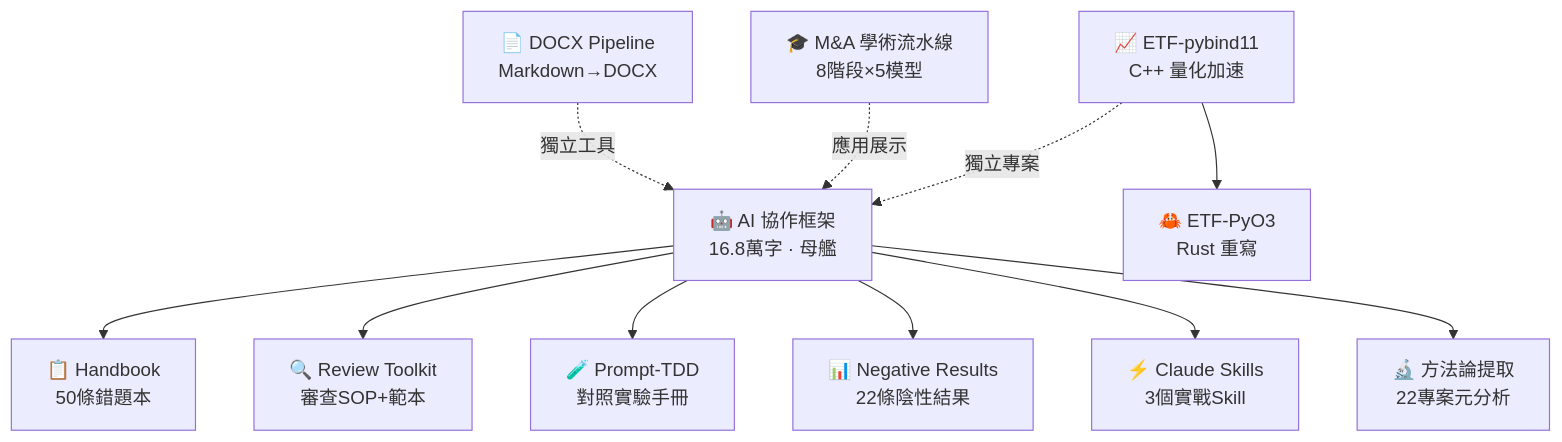
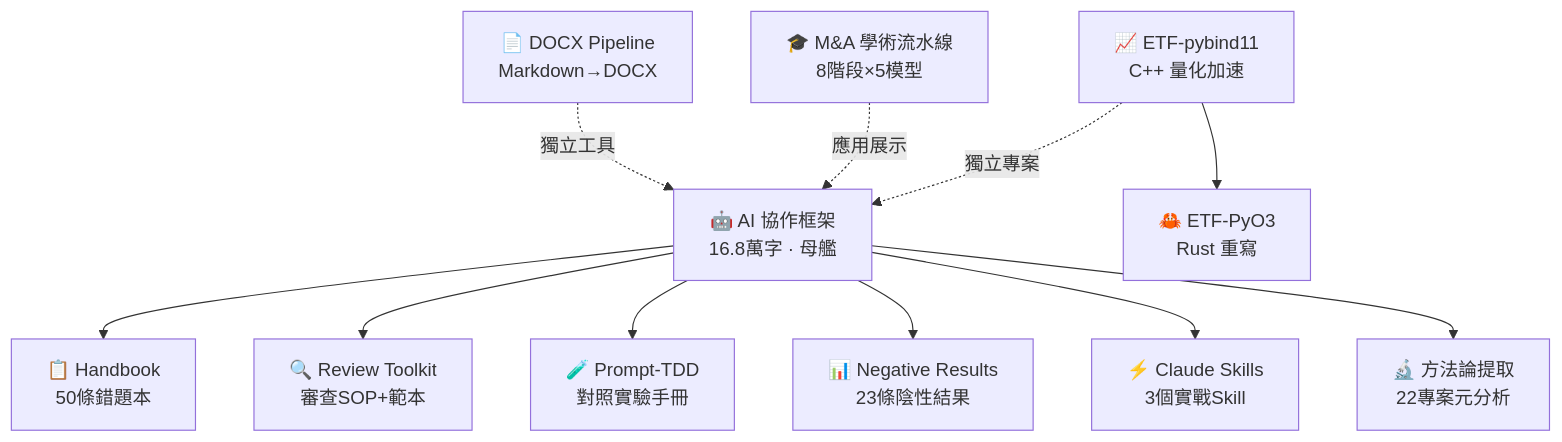
The diagram in README.zh-Hant.md (redamancy231-create/redamancy231-create), drawn with Mermaid before and after one commit. The commit also changed other lines of this file, not shown here.

Commit message:
docs: update negative-results-registry entry count 22→23

````diff
--- a/README.zh-Hant.md
+++ b/README.zh-Hant.md
@@ -48,14 +48,14 @@
 ```mermaid
 graph TB
     F["🤖 AI 協作框架<br/>16.8萬字 · 母艦"]
     F --> H["📋 Handbook<br/>50條錯題本"]
     F --> R["🔍 Review Toolkit<br/>審查SOP+範本"]
     F --> P["🧪 Prompt-TDD<br/>對照實驗手冊"]
-    F --> N["📊 Negative Results<br/>22條陰性結果"]
+    F --> N["📊 Negative Results<br/>23條陰性結果"]
     F --> S["⚡ Claude Skills<br/>3個實戰Skill"]
     F --> M["🔬 方法論提取<br/>22專案元分析"]
     D["📄 DOCX Pipeline<br/>Markdown→DOCX"] -.->|獨立工具| F
     A["🎓 M&A 學術流水線<br/>8階段×5模型"] -.->|應用展示| F
     Q["📈 ETF-pybind11<br/>C++ 量化加速"] -.->|獨立專案| F
     Q --> E["🦀 ETF-PyO3<br/>Rust 重寫"]
 ```
````
